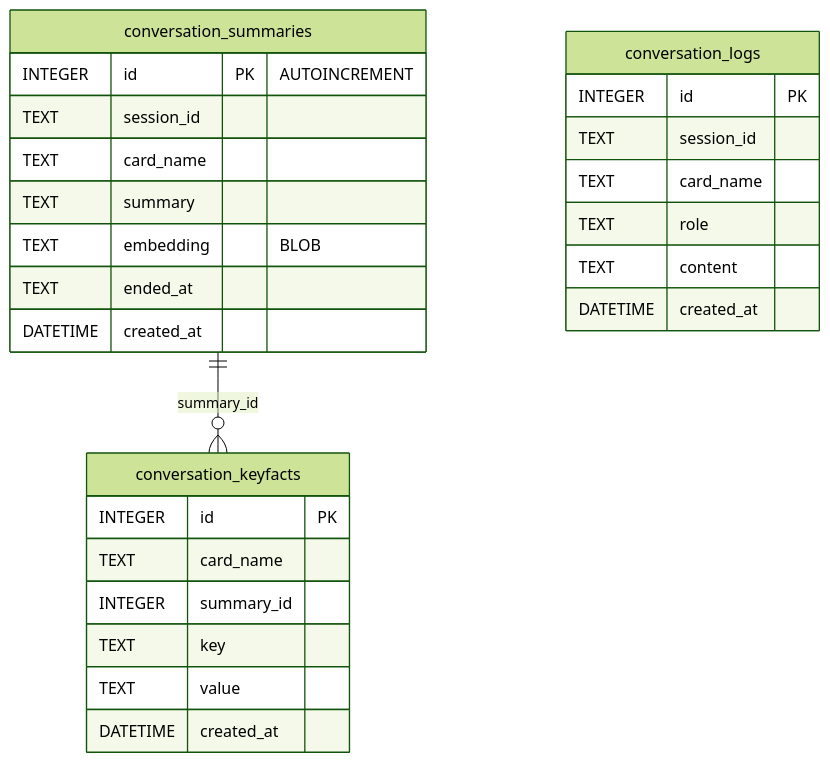
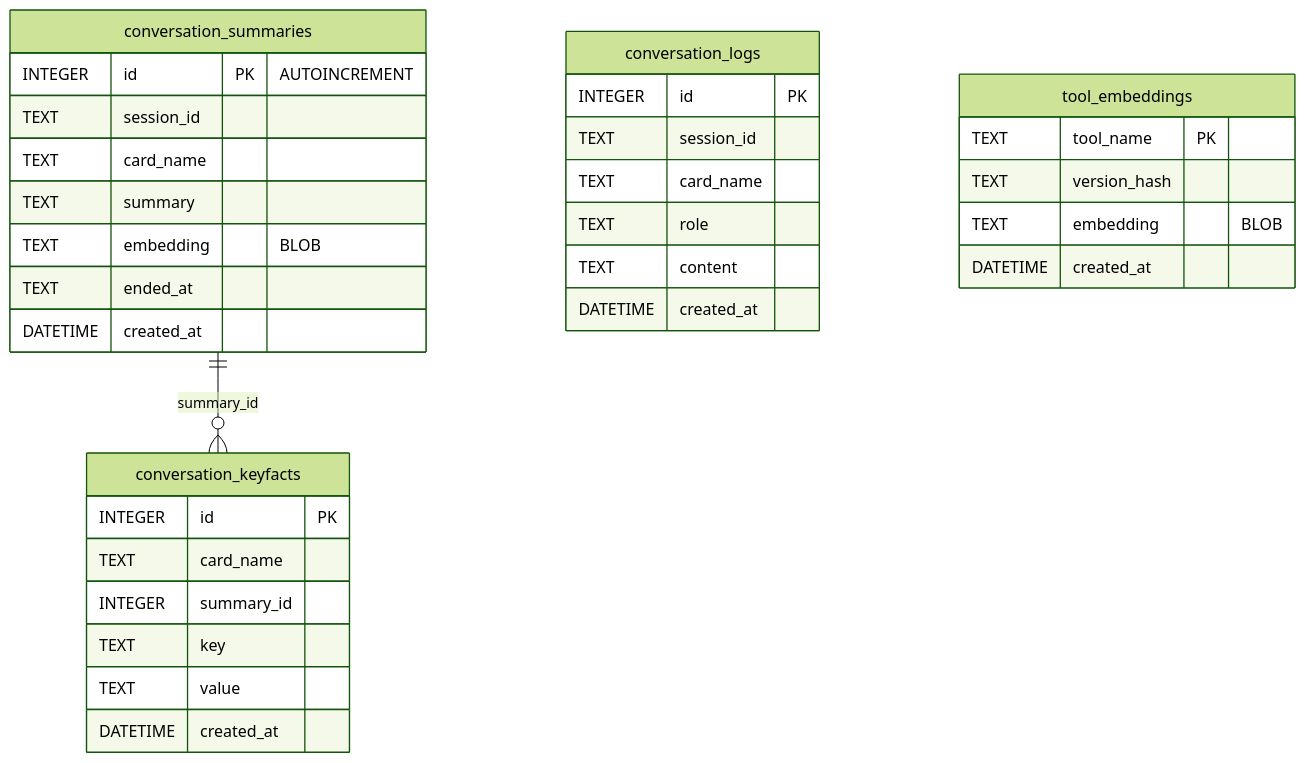
One commit to pexisgle/ene changed the seventh of 13 diagrams in docs/ai-core-flow.md. Above: the diagram before and after it, drawn with Mermaid (forest theme). The commit also changed other lines of this file and 29 other files, not shown here.

````diff
--- a/docs/ai-core-flow.md
+++ b/docs/ai-core-flow.md
@@ -273,32 +307,39 @@
 ```mermaid
 erDiagram
     conversation_summaries {
         INTEGER id PK "AUTOINCREMENT"
         TEXT session_id
         TEXT card_name
         TEXT summary
         TEXT embedding "BLOB"
         TEXT ended_at
         DATETIME created_at
     }
 
     conversation_keyfacts {
         INTEGER id PK
         TEXT card_name
         INTEGER summary_id
         TEXT key
         TEXT value
         DATETIME created_at
     }
 
     conversation_logs {
         INTEGER id PK
         TEXT session_id
         TEXT card_name
         TEXT role
         TEXT content
         DATETIME created_at
     }
 
+    tool_embeddings {
+        TEXT tool_name PK
+        TEXT version_hash
+        TEXT embedding "BLOB"
+        DATETIME created_at
+    }
+
     conversation_summaries ||--o{ conversation_keyfacts : "summary_id"
 ```
````
